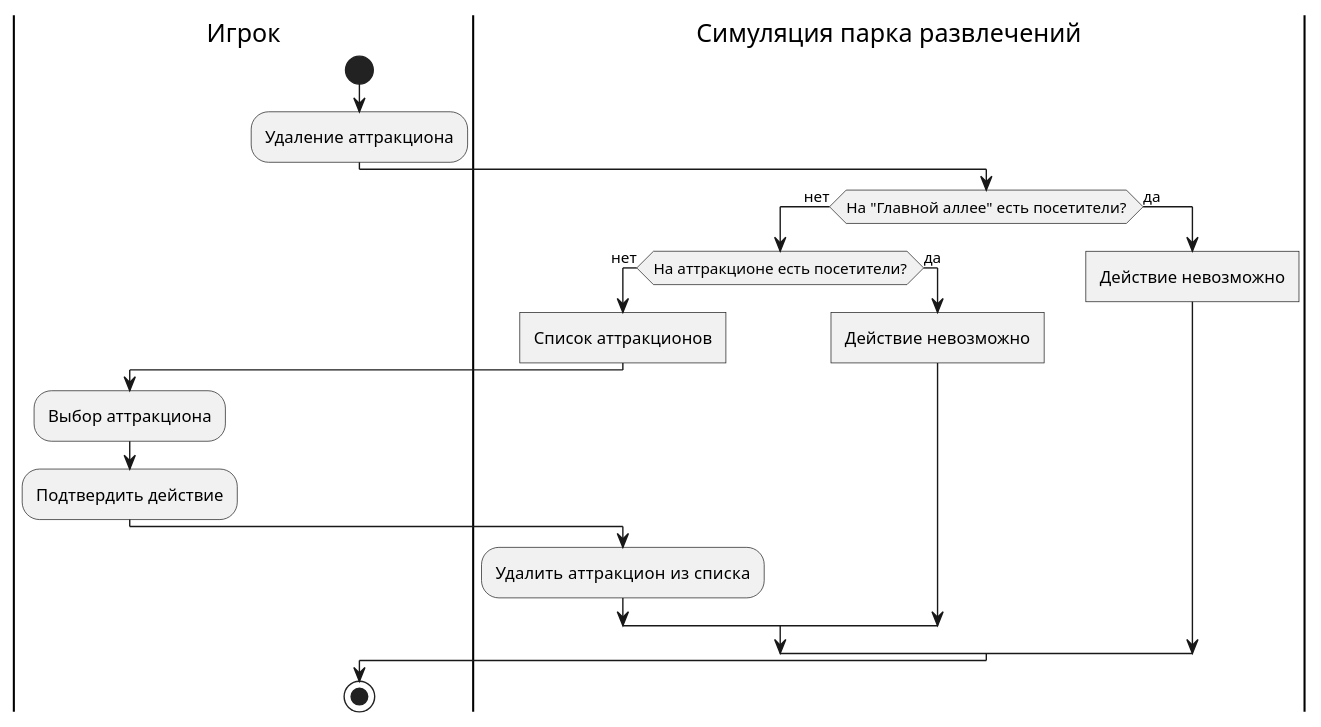
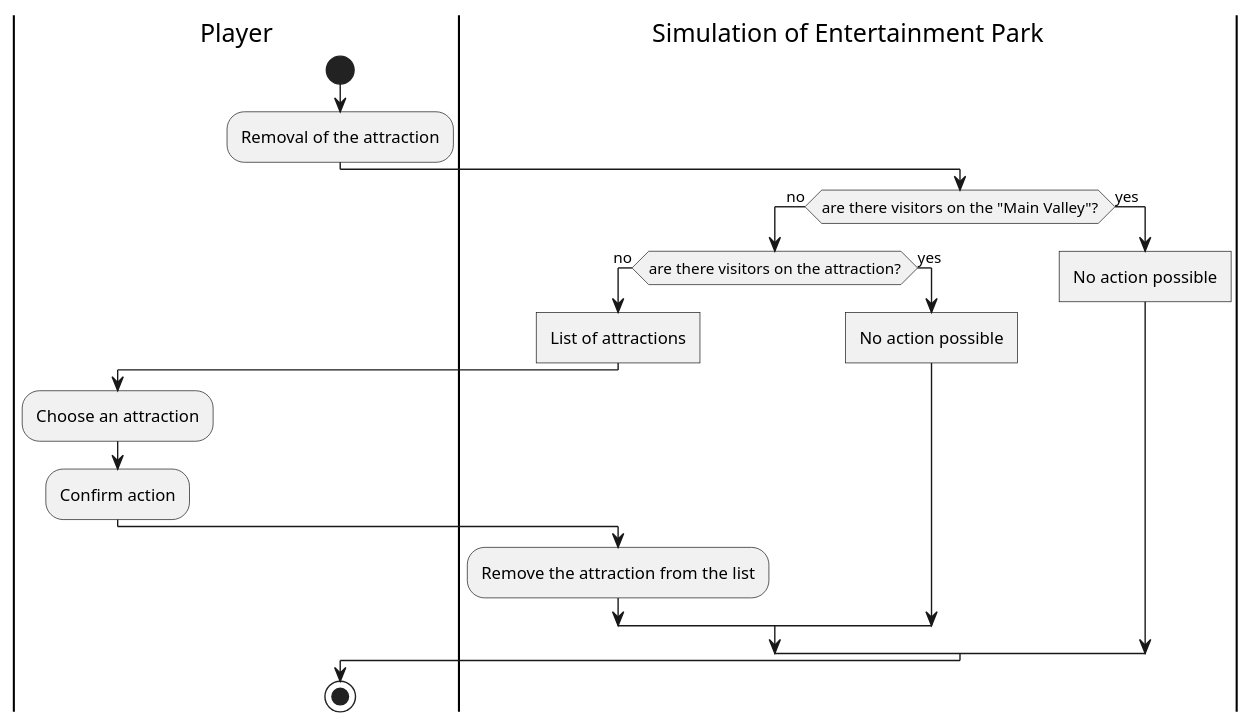
The diagram in description/diagrams/diagrams-en/activity/delete-attraction-activity-diagram.wsd (mzhirko/amusement-park), drawn with PlantUML before and after one commit. The commit also changed 25 other files, not shown here.

Commit message:
Translate activity diagrams + render imgs

```diff
--- a/description/diagrams/diagrams-en/activity/delete-attraction-activity-diagram.wsd
+++ b/description/diagrams/diagrams-en/activity/delete-attraction-activity-diagram.wsd
@@ -1,23 +1,23 @@
 @startuml view-valley-activity-diagram
 skinparam ConditionEndStyle hline
-|Игрок|
+|Player|
 start
-:Удаление аттракциона;
-|Симуляция парка развлечений|
-if (На "Главной аллее" есть посетители?) then (нет)
-if (На аттракционе есть посетители?) then (нет) 
-:Список аттракционов]
-|Игрок|
-:Выбор аттракциона;
-:Подтвердить действие;
-|Симуляция парка развлечений|
-:Удалить аттракцион  из списка;
-else (да)
-:Действие невозможно]
+:Removal of the attraction;
+|Simulation of Entertainment Park|
+if (are there visitors on the "Main Valley"?) then (no)
+If (are there visitors on the attraction?) then (no) 
+:List of attractions]
+|Player|
+:Choose an attraction;
+:Confirm action;
+|Simulation of Entertainment Park|
+:Remove the attraction from the list;
+else (yes)
+:No action possible]
 endif
-else (да)
-:Действие невозможно]
-|Игрок|
+else (yes)
+:No action possible]
+|Player|
 endif
 stop
 @enduml
```
